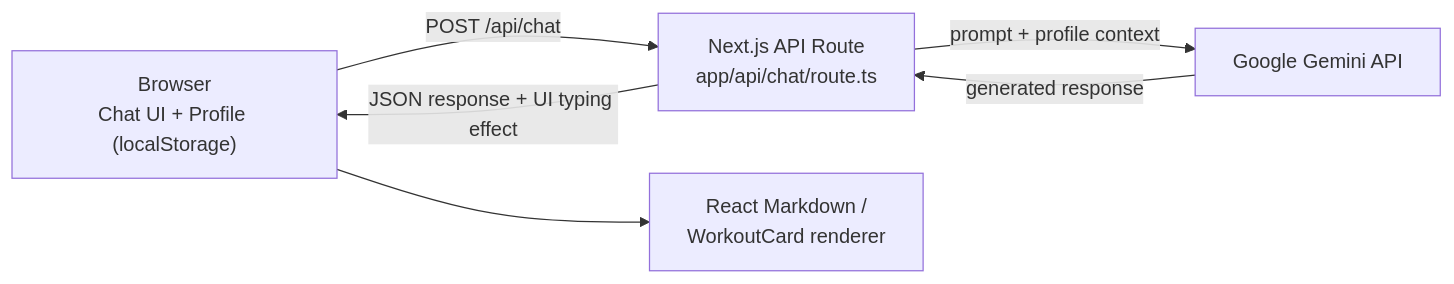
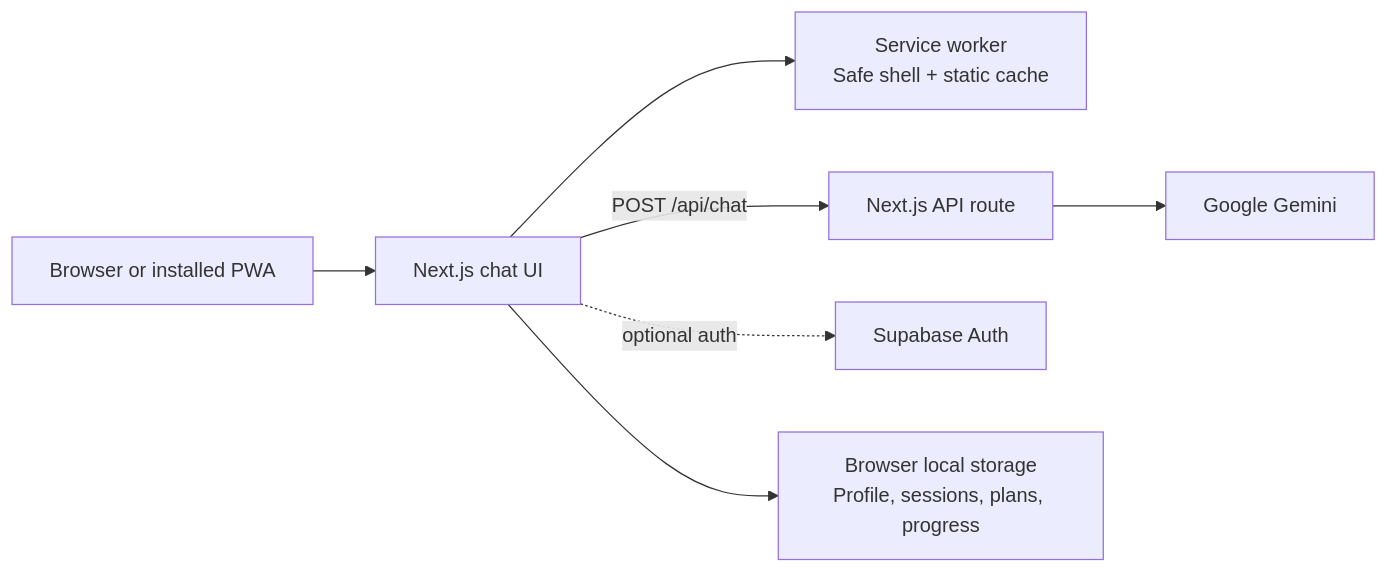
One commit to yashrajagawane/fitness-nutrition-chatbot changed the diagram in README.md. Above: the diagram before and after it, drawn with Mermaid. The commit also changed other lines of this file and 1 other file, not shown here.

Commit message:
docs: refresh readme with pwa features

````diff
--- a/README.md
+++ b/README.md
@@ -215,8 +117,9 @@
 ```mermaid
 flowchart LR
-    U["Browser<br/>Chat UI + Profile (localStorage)"] -->|"POST /api/chat"| R["Next.js API Route<br/>app/api/chat/route.ts"]
-    R -->|"prompt + profile context"| G["Google Gemini API"]
-    G -->|"generated response"| R
-    R -->|"JSON response + UI typing effect"| U
-    U --> M["React Markdown /<br/>WorkoutCard renderer"]
+    U["Browser or installed PWA"] --> UI["Next.js chat UI"]
+    UI --> SW["Service worker\nSafe shell + static cache"]
+    UI -->|"POST /api/chat"| API["Next.js API route"]
+    API --> G["Google Gemini"]
+    UI -. optional auth .-> S["Supabase Auth"]
+    UI --> L["Browser local storage\nProfile, sessions, plans, progress"]
 ```
````
